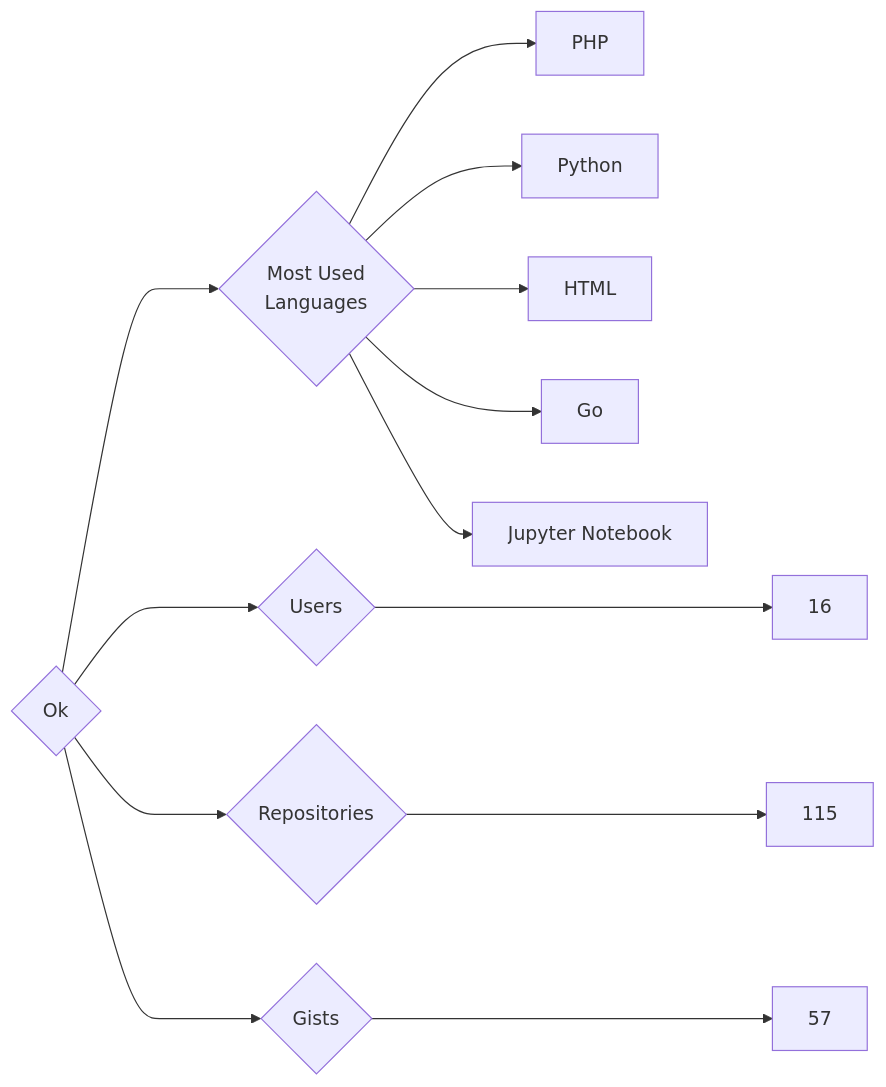
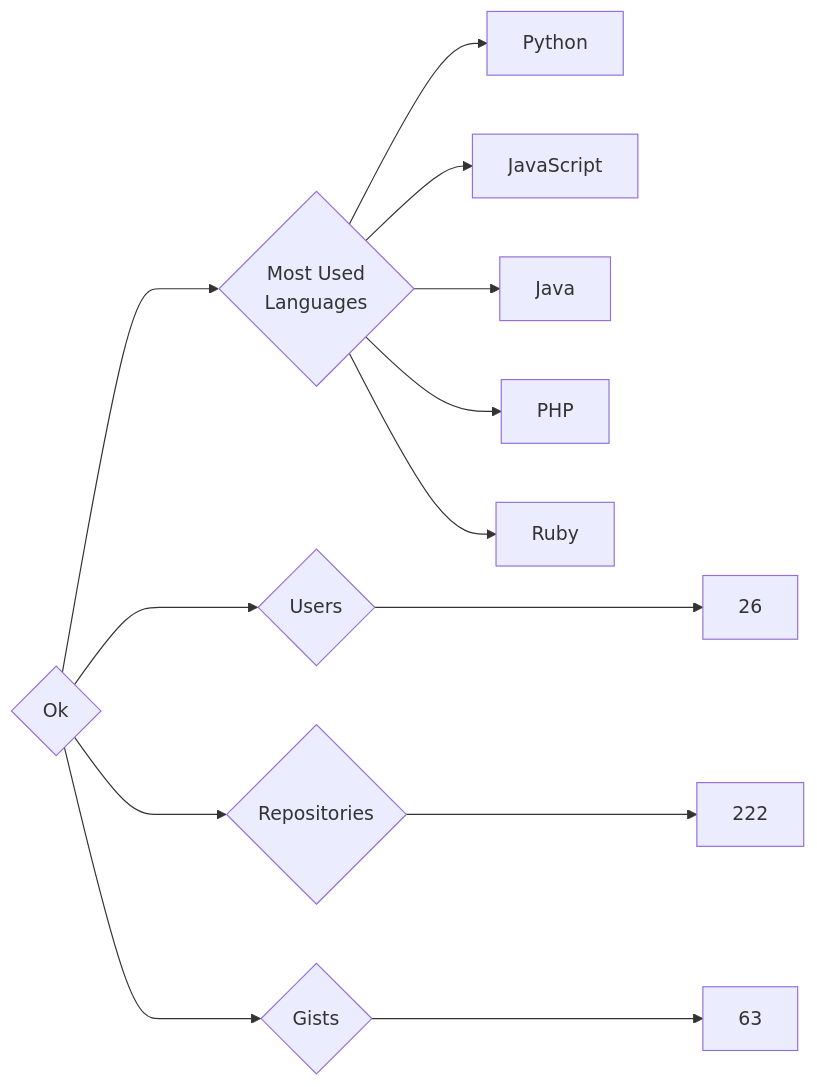
The diagram in targets/Ok/README.md (trickest/insiders), drawn with Mermaid before and after one commit. The commit also changed 940 other files, not shown here.

````diff
--- a/targets/Ok/README.md
+++ b/targets/Ok/README.md
@@ -3,13 +3,13 @@
 ```mermaid
 graph LR
 COMPANY_NAME{Ok}
-COMPANY_NAME ---> U{Users} ---> UN[16]
-COMPANY_NAME ---> R{Repositories} ---> RN[115]
-COMPANY_NAME ---> G{Gists} ---> GN[57]
+COMPANY_NAME ---> U{Users} ---> UN[26]
+COMPANY_NAME ---> R{Repositories} ---> RN[222]
+COMPANY_NAME ---> G{Gists} ---> GN[63]
 COMPANY_NAME ---> ML{Most Used<br>Languages}
+ML --> Python[Python]
+ML --> JavaScript[JavaScript]
+ML --> Java[Java]
 ML --> PHP[PHP]
-ML --> Python[Python]
-ML --> HTML[HTML]
-ML --> Go[Go]
-ML --> Jupyter_Notebook[Jupyter Notebook]
+ML --> Ruby[Ruby]
 ```
````
